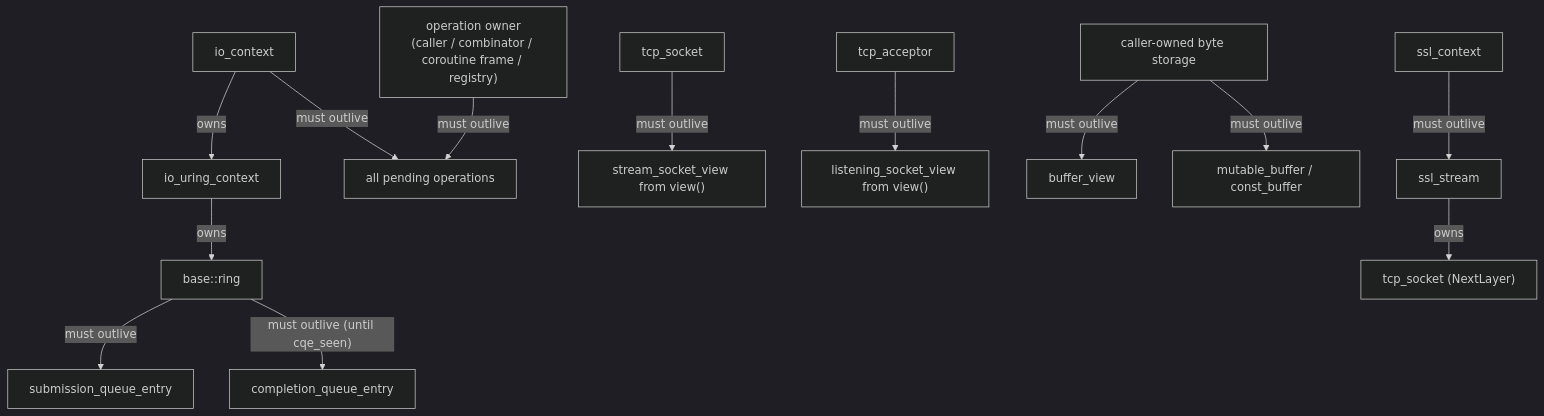
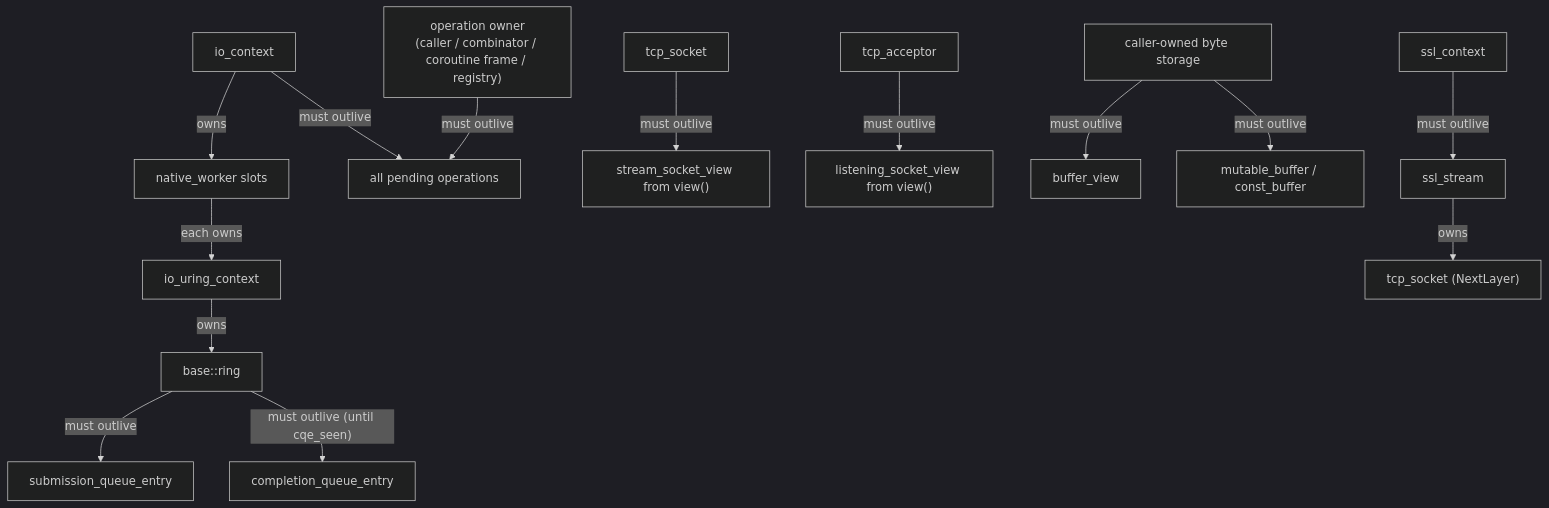
One commit to haomingbai/bnio changed the second of 3 diagrams in docs/design/lifecycle.md. Above: the diagram before and after it, drawn with Mermaid (dark theme). The commit also changed other lines of this file and 12 other files, not shown here.

````diff
--- a/docs/design/lifecycle.md
+++ b/docs/design/lifecycle.md
@@ -47,20 +50,21 @@
 ```mermaid
 graph TB
-    Ctx["io_context"] -->|"owns"| UCtx["io_uring_context"]
+    Ctx["io_context"] -->|"owns"| Workers["native_worker slots"]
+    Workers -->|"each owns"| UCtx["io_uring_context"]
     UCtx -->|"owns"| Ring["base::ring"]
 
     OpOwner["operation owner<br/>(caller / combinator / coroutine frame / registry)"] -->|"must outlive"| Ops["all pending operations"]
     Ctx -->|"must outlive"| Ops
 
     Ring -->|"must outlive"| SQE["submission_queue_entry"]
     Ring -->|"must outlive (until cqe_seen)"| CQE["completion_queue_entry"]
 
     TCPSock["tcp_socket"] -->|"must outlive"| SView["stream_socket_view from view()"]
     TCPAcpt["tcp_acceptor"] -->|"must outlive"| LView["listening_socket_view from view()"]
 
     UserBuf["caller-owned byte storage"] -->|"must outlive"| BufView["buffer_view"]
     UserBuf -->|"must outlive"| MBuf["mutable_buffer / const_buffer"]
 
     SSLCtx["ssl_context"] -->|"must outlive"| SSLStream["ssl_stream"]
     SSLStream -->|"owns"| Inner["tcp_socket (NextLayer)"]
 ```
````
